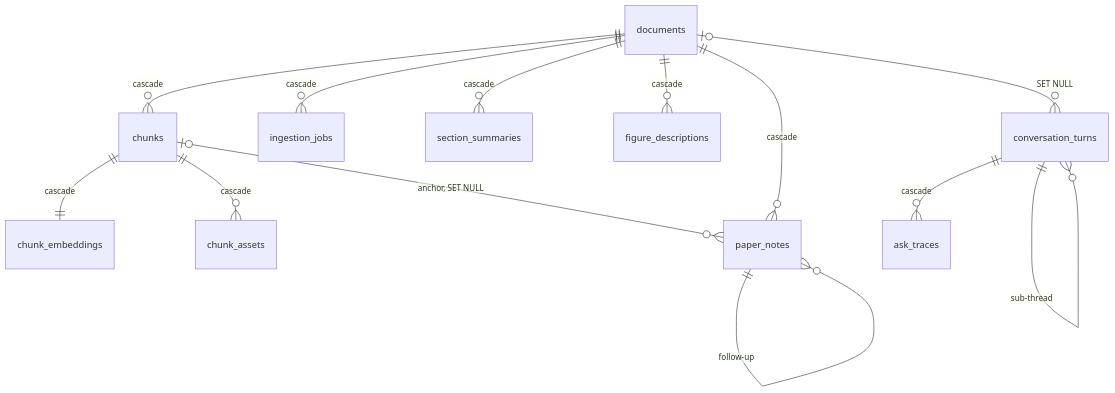
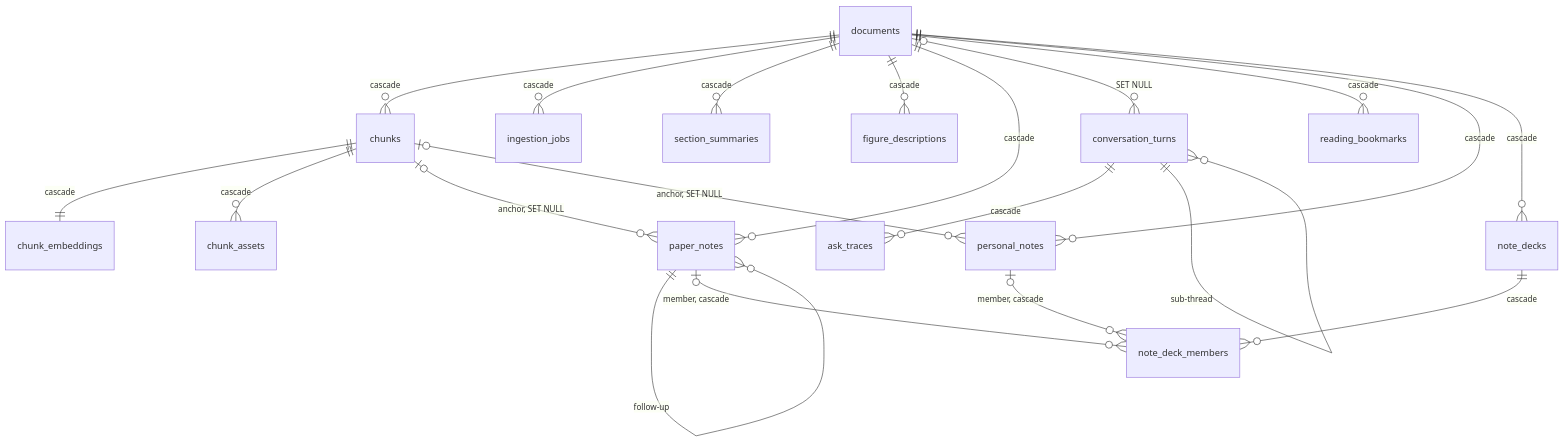
Before and after one commit to EzzoHamdan/ScholarFlow: the diagram in docs/03-reference/database-schema.md, drawn with Mermaid. The commit also changed other lines of this file and 7 other files, not shown here.

First line of the commit message:
docs: personal reading state, decks, and the one-command Docker path

````diff
--- a/docs/03-reference/database-schema.md
+++ b/docs/03-reference/database-schema.md
@@ -43,16 +55,23 @@
 ```mermaid
 %%{init: {'themeVariables': {'fontFamily': 'ui-monospace, SFMono-Regular, Menlo, monospace'}}}%%
 erDiagram
     documents          ||--o{ chunks             : "cascade"
     documents          ||--o{ ingestion_jobs     : "cascade"
     documents          ||--o{ section_summaries  : "cascade"
     documents          ||--o{ figure_descriptions: "cascade"
     documents          ||--o{ paper_notes        : "cascade"
     documents          |o--o{ conversation_turns : "SET NULL"
     chunks             ||--|| chunk_embeddings   : "cascade"
     chunks             ||--o{ chunk_assets       : "cascade"
     chunks             |o--o{ paper_notes        : "anchor, SET NULL"
     conversation_turns ||--o{ ask_traces         : "cascade"
     conversation_turns ||--o{ conversation_turns : "sub-thread"
     paper_notes        ||--o{ paper_notes        : "follow-up"
+    documents          ||--o{ reading_bookmarks  : "cascade"
+    documents          ||--o{ personal_notes     : "cascade"
+    documents          ||--o{ note_decks         : "cascade"
+    chunks             |o--o{ personal_notes     : "anchor, SET NULL"
+    note_decks         ||--o{ note_deck_members  : "cascade"
+    paper_notes        |o--o{ note_deck_members  : "member, cascade"
+    personal_notes     |o--o{ note_deck_members  : "member, cascade"
 ```
````
